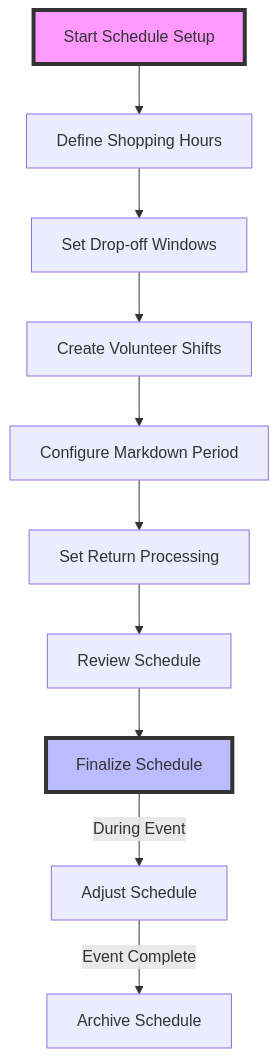
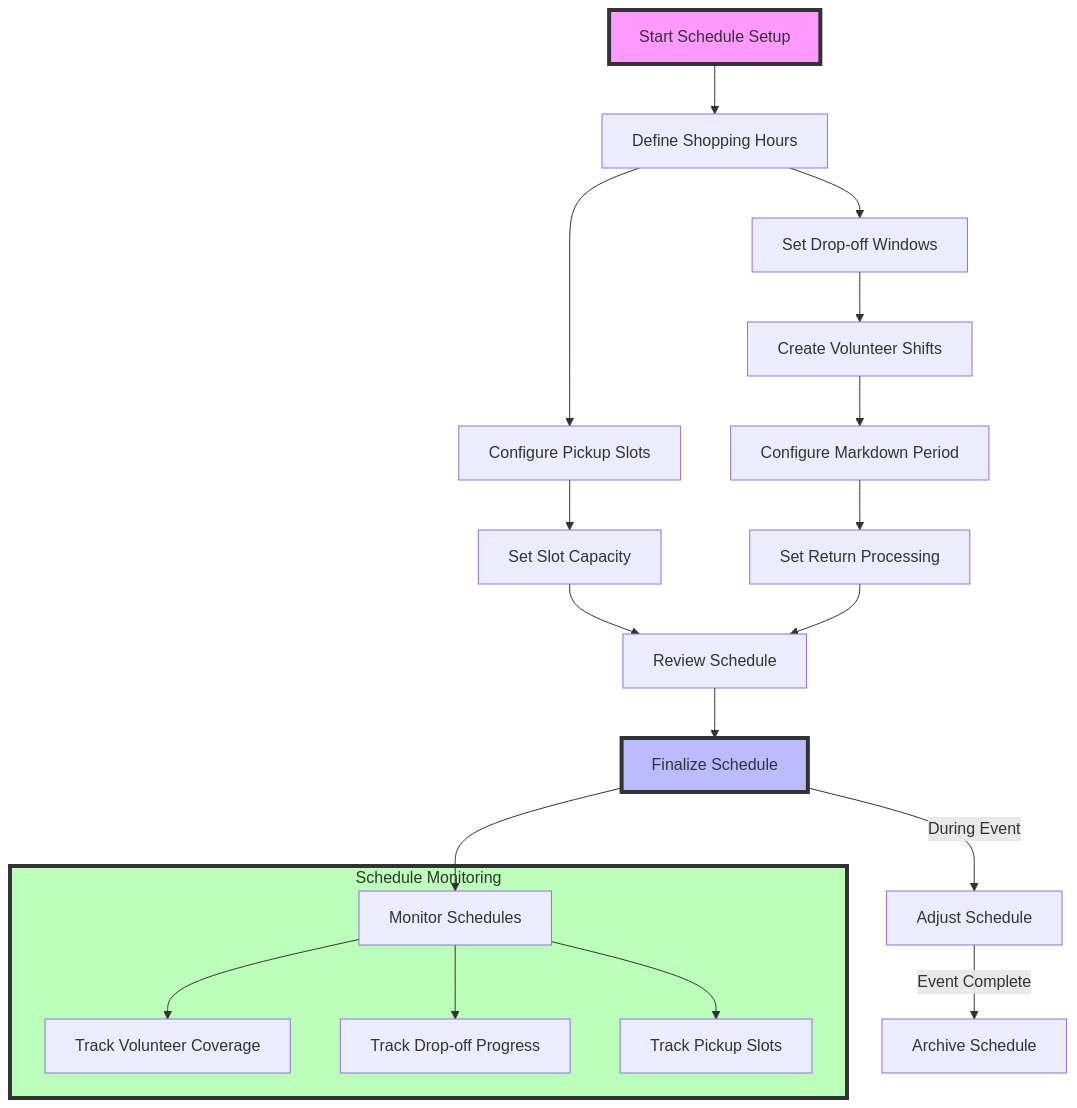
Before and after one commit to atEverychance/ProjectCR: the diagram in docs/diagrams/schedule-management.mmd, drawn with Mermaid. The commit also changed 1 other file, not shown here.

Commit message:
Please review and let me know if you have any questions

```diff
--- a/docs/diagrams/schedule-management.mmd
+++ b/docs/diagrams/schedule-management.mmd
@@ -1,14 +1,26 @@
 flowchart TD
     Start[Start Schedule Setup] --> Shopping[Define Shopping Hours]
     Shopping --> DropOff[Set Drop-off Windows]
+    Shopping --> Pickup[Configure Pickup Slots]
     DropOff --> Volunteer[Create Volunteer Shifts]
+    Pickup --> Capacity[Set Slot Capacity]
     Volunteer --> Markdown[Configure Markdown Period]
+    Capacity --> Review[Review Schedule]
     Markdown --> Returns[Set Return Processing]
-    Returns --> Review[Review Schedule]
+    Returns --> Review
     Review --> Finalize[Finalize Schedule]
     
     Finalize -->|During Event| Adjust[Adjust Schedule]
     Adjust -->|Event Complete| Archive[Archive Schedule]
     
+    subgraph Monitoring[Schedule Monitoring]
+        Monitor[Monitor Schedules] --> CheckVolunteer[Track Volunteer Coverage]
+        Monitor --> CheckDropoff[Track Drop-off Progress]
+        Monitor --> CheckPickup[Track Pickup Slots]
+    end
+    
+    Finalize --> Monitor
+
     style Start fill:#f9f,stroke:#333,stroke-width:4px
     style Finalize fill:#bbf,stroke:#333,stroke-width:4px
+    style Monitoring fill:#bfb,stroke:#333,stroke-width:4px
```
